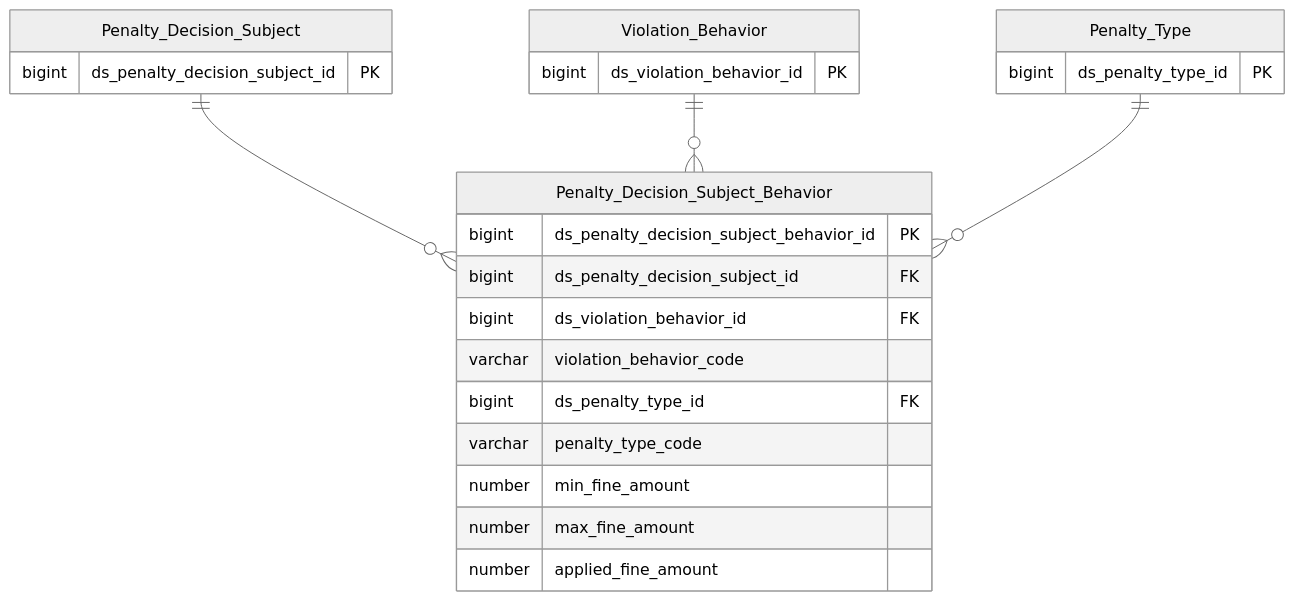
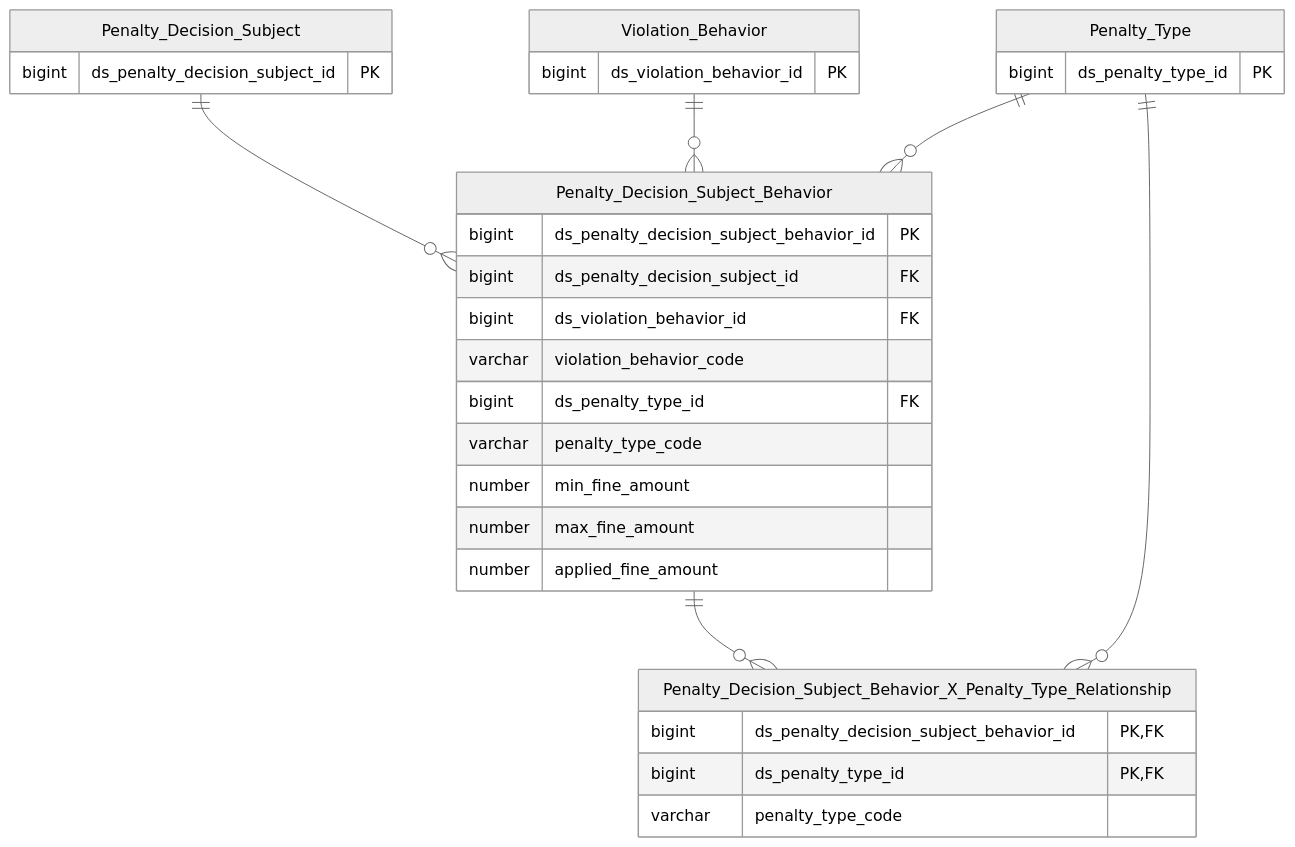
Before and after one commit to linhlvit/ubck_atomic_design: the second of 2 diagrams in DataModel/working/Atomic/hld/THANHTRA_HLD_Tier6.md, drawn with Mermaid (neutral theme). The commit also changed other lines of this file and 351 other files, not shown here.

````diff
--- a/DataModel/working/Atomic/hld/THANHTRA_HLD_Tier6.md
+++ b/DataModel/working/Atomic/hld/THANHTRA_HLD_Tier6.md
@@ -61,28 +61,36 @@
 ```mermaid
 erDiagram
     Penalty_Decision_Subject {
         bigint ds_penalty_decision_subject_id PK
     }
     Violation_Behavior {
         bigint ds_violation_behavior_id PK
     }
     Penalty_Type {
         bigint ds_penalty_type_id PK
     }
 
     Penalty_Decision_Subject_Behavior {
         bigint ds_penalty_decision_subject_behavior_id PK
         bigint ds_penalty_decision_subject_id FK
         bigint ds_violation_behavior_id FK
         varchar violation_behavior_code
         bigint ds_penalty_type_id FK
         varchar penalty_type_code
         number min_fine_amount
         number max_fine_amount
         number applied_fine_amount
     }
 
+    Penalty_Decision_Subject_Behavior_X_Penalty_Type_Relationship {
+        bigint ds_penalty_decision_subject_behavior_id PK, FK
+        bigint ds_penalty_type_id PK, FK
+        varchar penalty_type_code
+    }
+
     Penalty_Decision_Subject ||--o{ Penalty_Decision_Subject_Behavior : ""
     Violation_Behavior ||--o{ Penalty_Decision_Subject_Behavior : ""
     Penalty_Type ||--o{ Penalty_Decision_Subject_Behavior : ""
+    Penalty_Decision_Subject_Behavior ||--o{ Penalty_Decision_Subject_Behavior_X_Penalty_Type_Relationship : ""
+    Penalty_Type ||--o{ Penalty_Decision_Subject_Behavior_X_Penalty_Type_Relationship : ""
 ```
````
